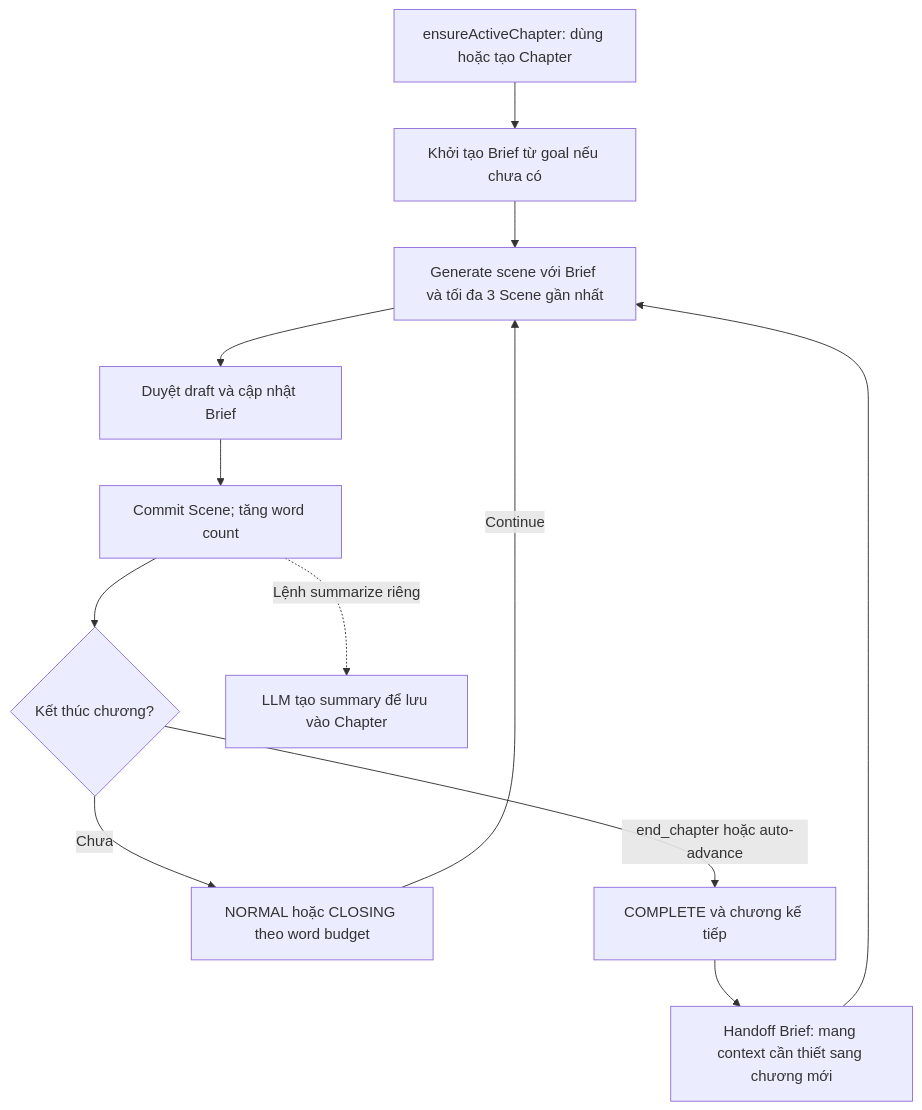
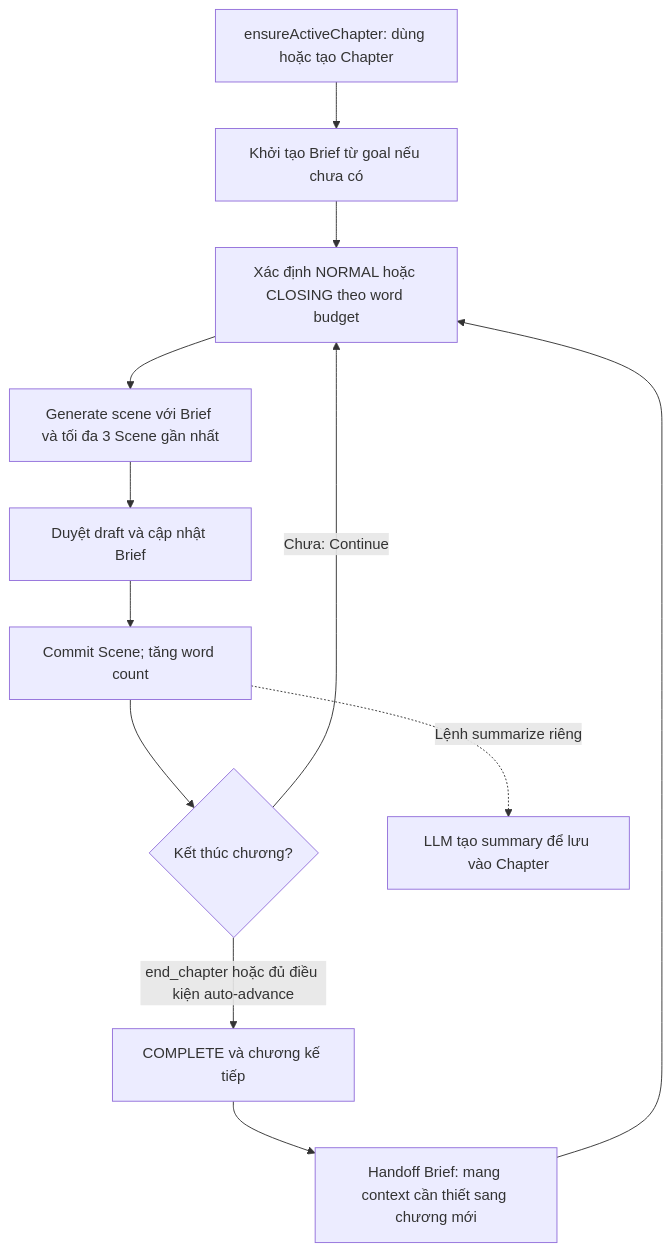
Before and after one commit to Lmnhutw/visual-novel-gen: the diagram in docs/diagrams/08-chapter-loop.mmd, drawn with Mermaid. The commit also changed 29 other files, not shown here.

```diff
--- a/docs/diagrams/08-chapter-loop.mmd
+++ b/docs/diagrams/08-chapter-loop.mmd
@@ -1,12 +1,12 @@
 flowchart TB
     Start["ensureActiveChapter: dùng hoặc tạo Chapter"] --> Brief["Khởi tạo Brief từ goal nếu chưa có"]
-    Brief --> Generate["Generate scene với Brief và tối đa 3 Scene gần nhất"]
+    Brief --> Mode["Xác định NORMAL hoặc CLOSING theo word budget"]
+    Mode --> Generate["Generate scene với Brief và tối đa 3 Scene gần nhất"]
     Generate --> Review["Duyệt draft và cập nhật Brief"]
     Review --> Commit["Commit Scene; tăng word count"]
     Commit --> Finish{"Kết thúc chương?"}
-    Finish -->|"Chưa"| Mode["NORMAL hoặc CLOSING theo word budget"]
-    Mode -->|"Continue"| Generate
-    Finish -->|"end_chapter hoặc auto-advance"| Complete["COMPLETE và chương kế tiếp"]
+    Finish -->|"Chưa: Continue"| Mode
+    Finish -->|"end_chapter hoặc đủ điều kiện auto-advance"| Complete["COMPLETE và chương kế tiếp"]
     Complete --> Handoff["Handoff Brief: mang context cần thiết sang chương mới"]
-    Handoff --> Generate
+    Handoff --> Mode
     Commit -.->|"Lệnh summarize riêng"| Summary["LLM tạo summary để lưu vào Chapter"]
```
